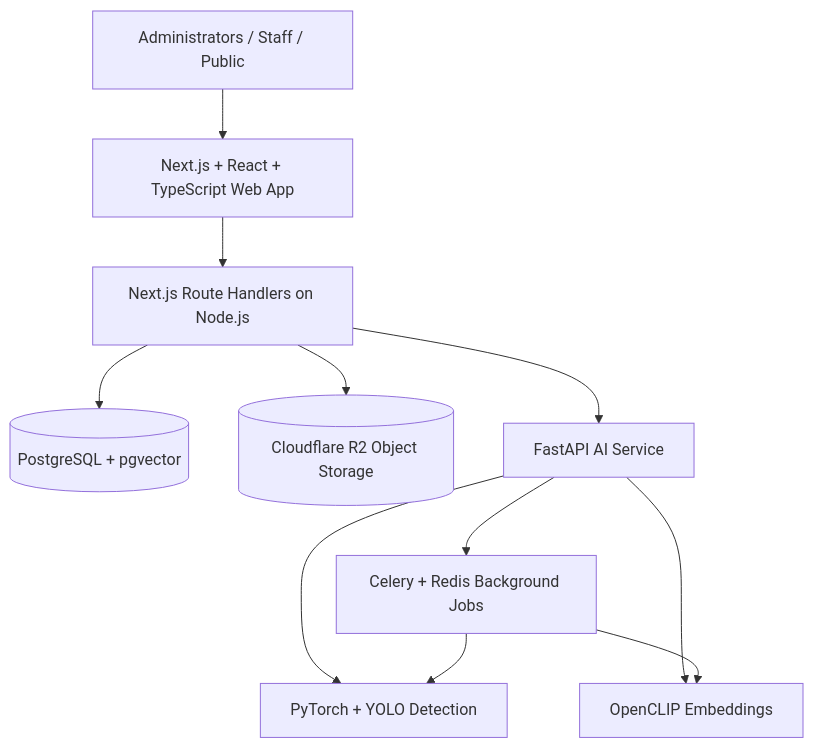
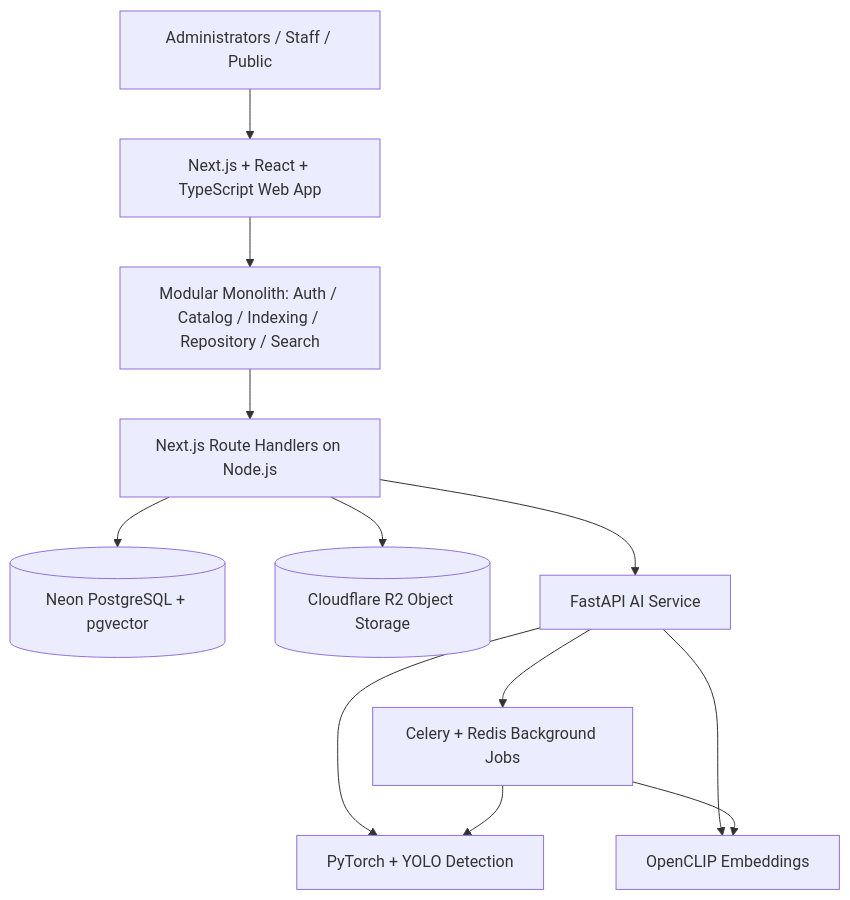
The diagram in README.md (sweng-grp018/asceoft-product-library), drawn with Mermaid before and after one commit. The commit also changed other lines of this file, not shown here.

First line of the commit message:
docs: document modular architecture and Neon

````diff
--- a/README.md
+++ b/README.md
@@ -131,13 +138,14 @@
 ```mermaid
 flowchart TD
     U[Administrators / Staff / Public] --> W[Next.js + React + TypeScript Web App]
-    W --> A[Next.js Route Handlers on Node.js]
-    A --> D[(PostgreSQL + pgvector)]
+    W --> M[Modular Monolith: Auth / Catalog / Indexing / Repository / Search]
+    M --> A[Next.js Route Handlers on Node.js]
+    A --> D[(Neon PostgreSQL + pgvector)]
     A --> O[(Cloudflare R2 Object Storage)]
     A --> AI[FastAPI AI Service]
     AI --> Y[PyTorch + YOLO Detection]
     AI --> C[OpenCLIP Embeddings]
     AI --> Q[Celery + Redis Background Jobs]
     Q --> Y
     Q --> C
 ```
````
